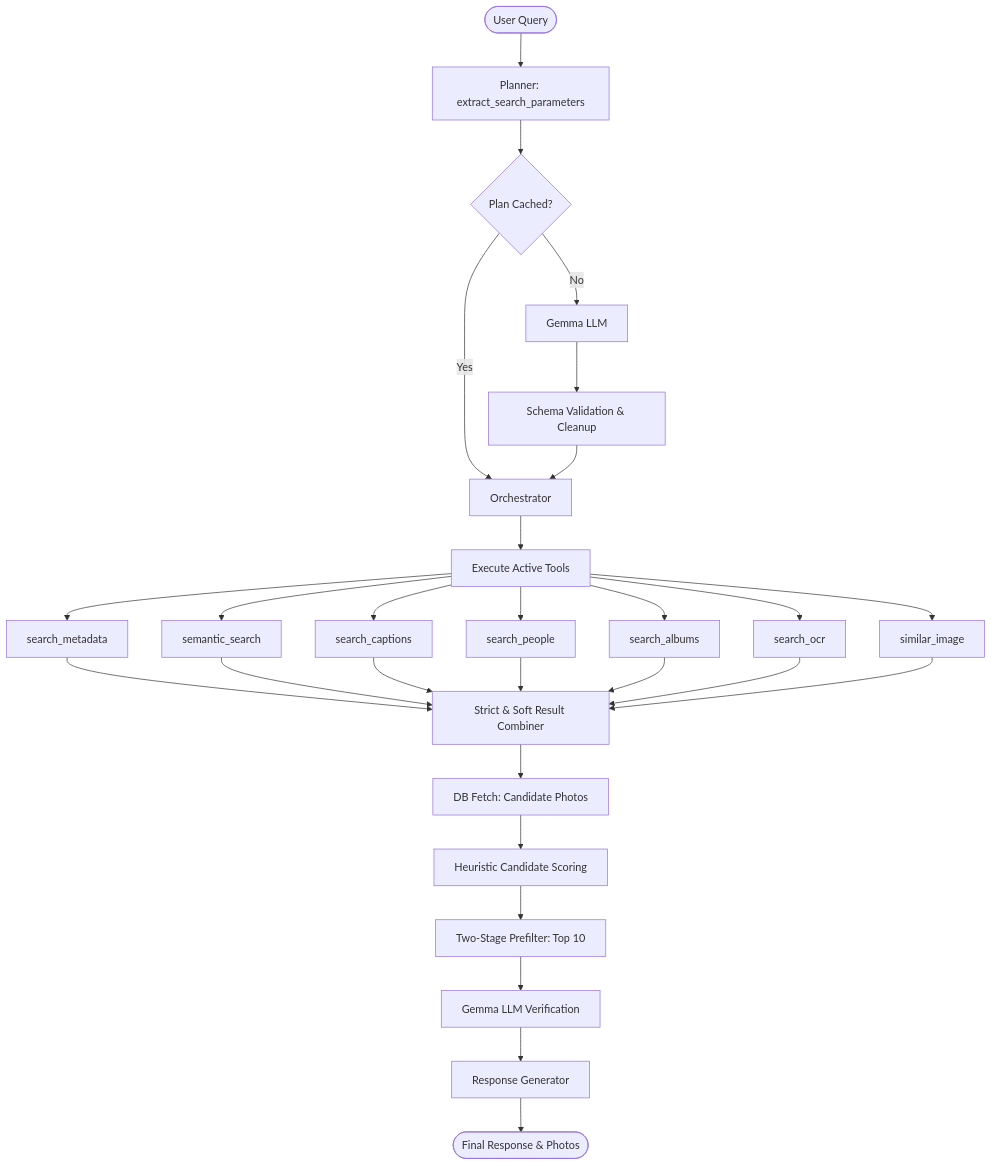
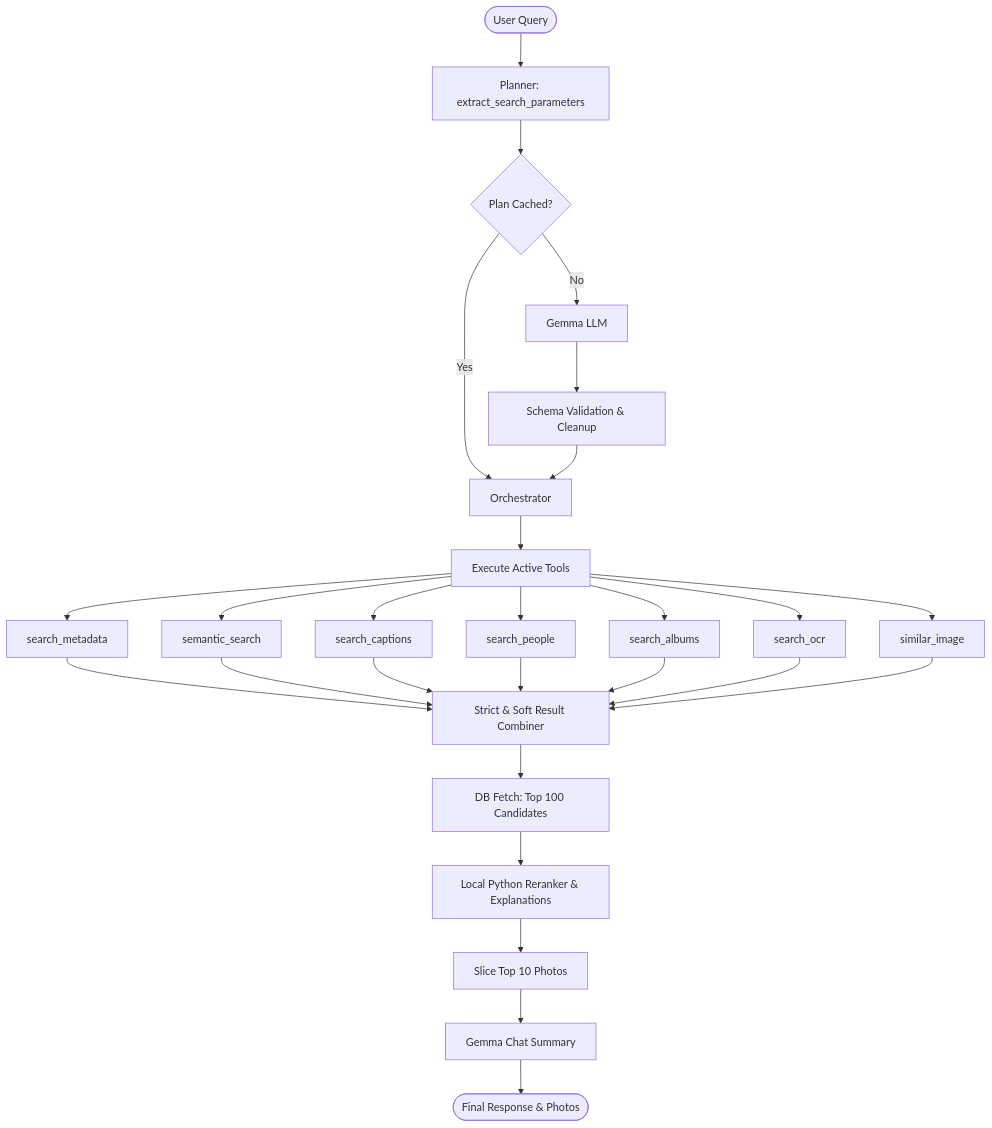
Before and after one commit to VardhmanSurana/Prism: the diagram in backend/app/agent/Agent.md, drawn with Mermaid. The commit also changed other lines of this file and 6 other files, not shown here.

Commit message:
feat(agent): implement local python reranker, search explanations checkmarks, conversational memory search, and modularized multi-agent stubs

````diff
--- a/backend/app/agent/Agent.md
+++ b/backend/app/agent/Agent.md
@@ -11,23 +11,22 @@
 ```mermaid
 graph TD
     User([User Query]) --> Planner[Planner: extract_search_parameters]
     Planner --> CacheCheck{Plan Cached?}
     CacheCheck -- Yes --> Orchestrator[Orchestrator]
     CacheCheck -- No --> LLMPlan[Gemma LLM] --> SchemaVal[Schema Validation & Cleanup] --> Orchestrator
     
     Orchestrator --> Tools[Execute Active Tools]
     Tools --> Metadata[search_metadata]
     Tools --> Semantic[semantic_search]
     Tools --> Captions[search_captions]
     Tools --> People[search_people]
     Tools --> Albums[search_albums]
     Tools --> OCR[search_ocr]
     Tools --> Similar[similar_image]
     
     Metadata & Semantic & Captions & People & Albums & OCR & Similar --> Combine[Strict & Soft Result Combiner]
-    Combine --> DBQuery[DB Fetch: Candidate Photos]
-    DBQuery --> Score[Heuristic Candidate Scoring]
-    Score --> Filter[Two-Stage Prefilter: Top 10]
-    Filter --> Verify[Gemma LLM Verification]
-    Verify --> RespGen[Response Generator] --> UserResponse([Final Response & Photos])
+    Combine --> DBQuery[DB Fetch: Top 100 Candidates]
+    DBQuery --> Score[Local Python Reranker & Explanations]
+    Score --> Filter[Slice Top 10 Photos]
+    Filter --> RespGen[Gemma Chat Summary] --> UserResponse([Final Response & Photos])
 ```
````
